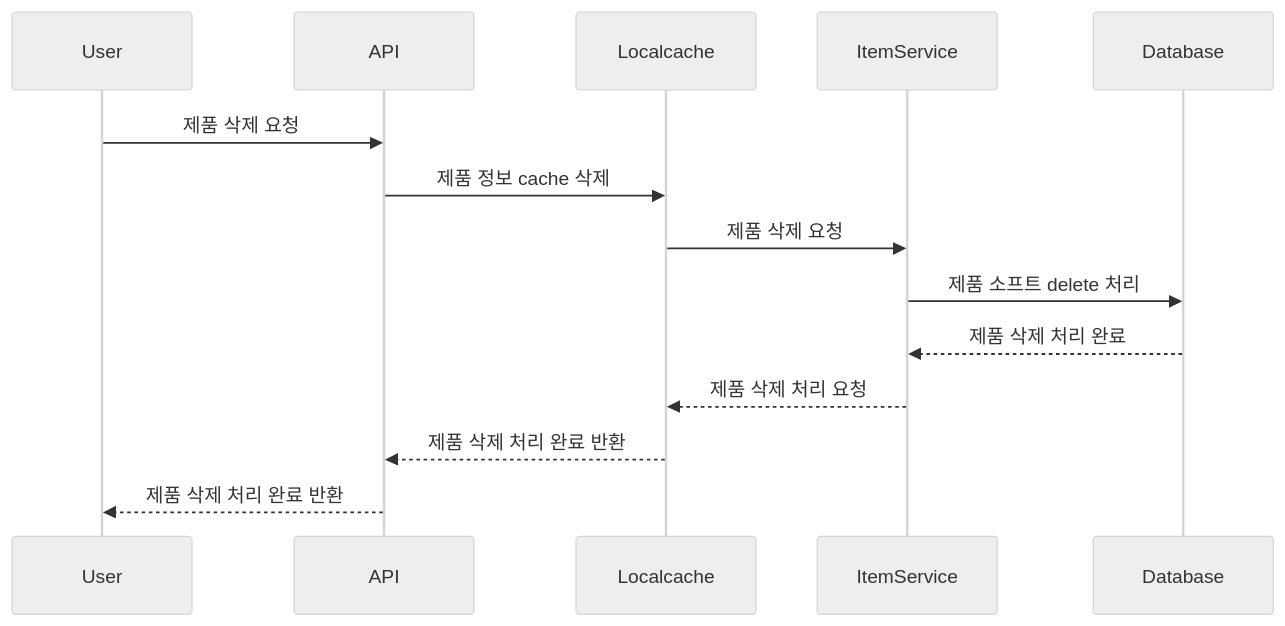
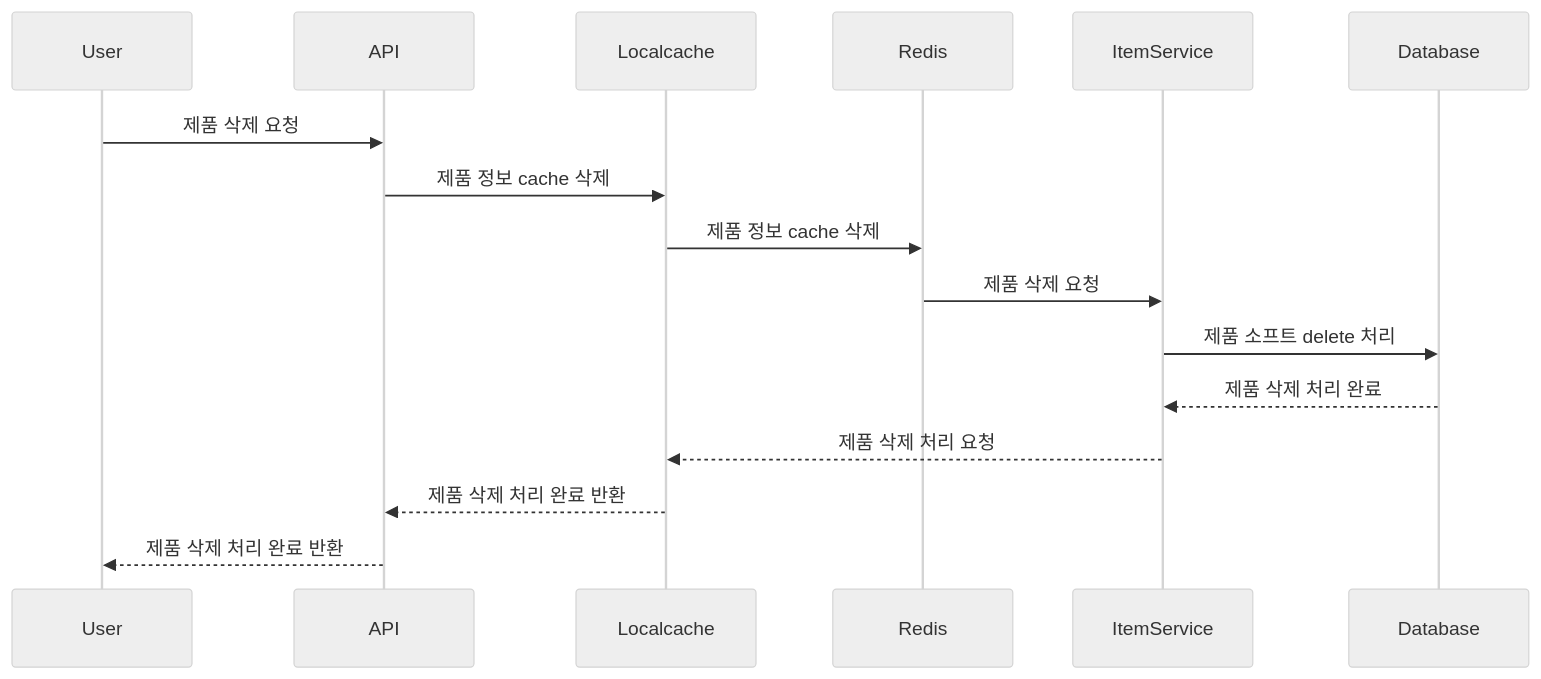
The fourth of 5 diagrams in docs/EventSequence.md (zzangoobrother/stock-order-project), drawn with Mermaid (neutral theme) before and after one commit. The commit also changed other lines of this file, not shown here.

Commit message:
docs : 주문하기 시쿼스 다이어그램 작성

````diff
--- a/docs/EventSequence.md
+++ b/docs/EventSequence.md
@@ -103,17 +127,19 @@
 ```mermaid
 sequenceDiagram
     participant User
     participant API
     participant Localcache
+    participant Redis
     participant ItemService
     participant Database
     
     User->>API: 제품 삭제 요청
     API->>Localcache: 제품 정보 cache 삭제
-    Localcache->>ItemService: 제품 삭제 요청
+    Localcache->>Redis: 제품 정보 cache 삭제
+    Redis->>ItemService: 제품 삭제 요청
     ItemService->>Database: 제품 소프트 delete 처리
     Database-->>ItemService: 제품 삭제 처리 완료
     ItemService-->>Localcache: 제품 삭제 처리 요청
     Localcache-->>API: 제품 삭제 처리 완료 반환
     API-->>User: 제품 삭제 처리 완료 반환
 ```
````
